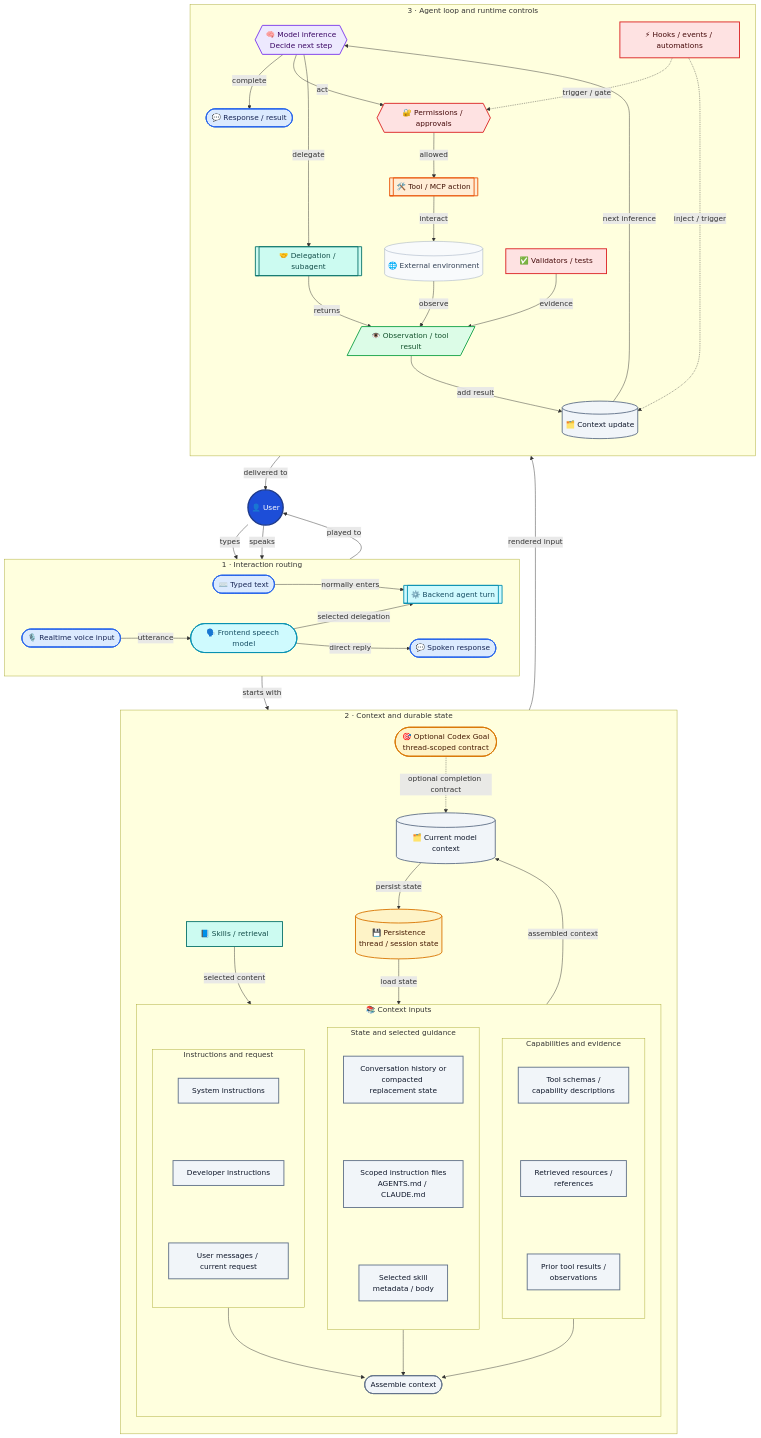
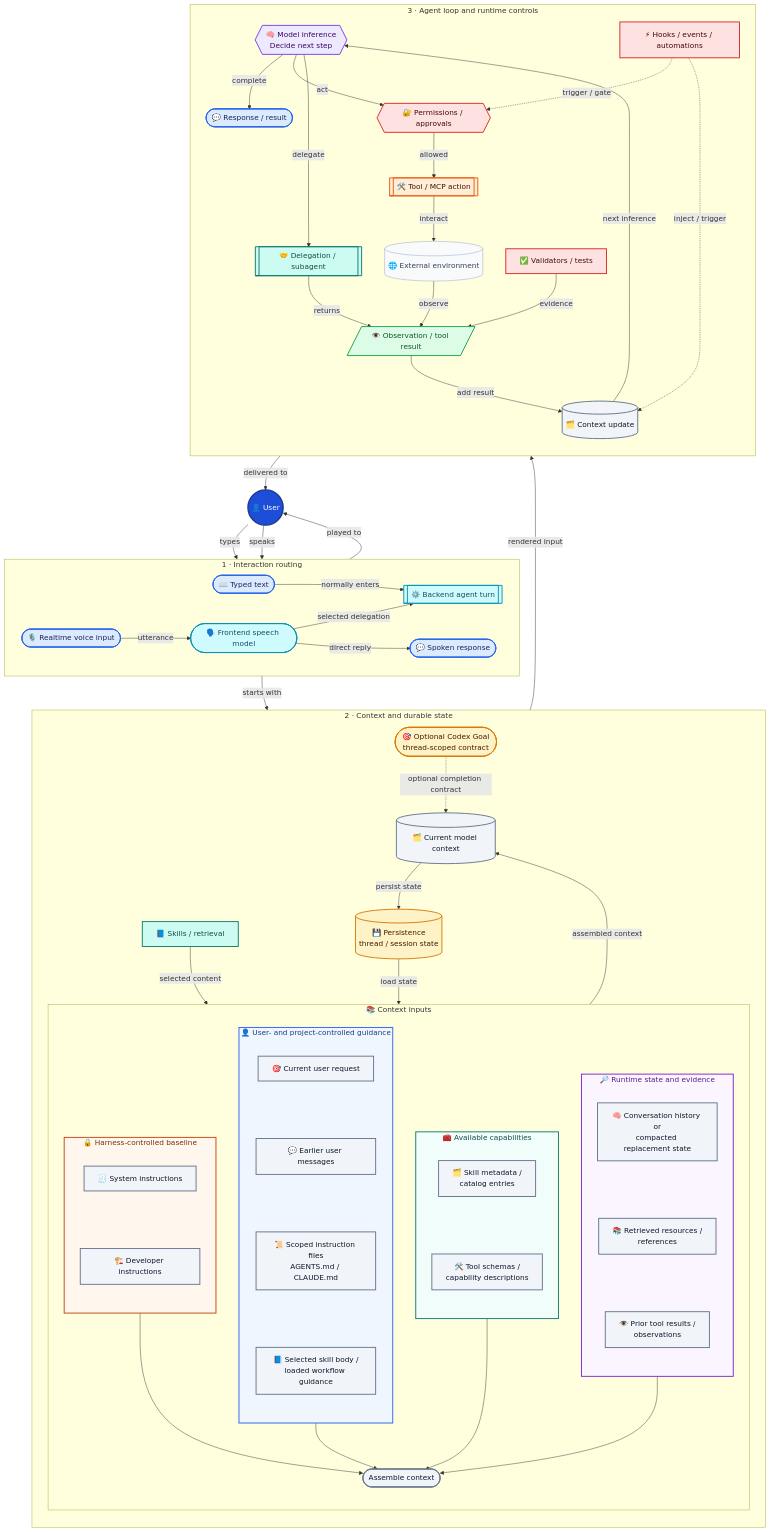
Before and after one commit to ArthurZakirov/SystemSmith: the second of 2 diagrams in skills/engineer-agentic-ai/references/agent-runtime-model.md, drawn with Mermaid.

Commit message:
docs: classify runtime context inputs

```diff
--- a/skills/engineer-agentic-ai/references/agent-runtime-model.md
+++ b/skills/engineer-agentic-ai/references/agent-runtime-model.md
@@ -76,35 +76,43 @@
         direction TB
         subgraph INPUTS["📚 Context inputs"]
             direction TB
-            subgraph INSTRUCTION_INPUTS["Instructions and request"]
+            subgraph BASELINE_INPUTS["🔒 Harness-controlled baseline"]
                 direction TB
-                SYSTEM["System instructions"]
-                DEVELOPER["Developer instructions"]
-                REQUEST["User messages / current request"]
+                SYSTEM["🧾 System instructions"]
+                DEVELOPER["🏗️ Developer instructions"]
 
-                SYSTEM ~~~ DEVELOPER ~~~ REQUEST
+                SYSTEM ~~~ DEVELOPER
             end
-            subgraph STATE_INPUTS["State and selected guidance"]
+            subgraph GUIDANCE_INPUTS["👤 User- and project-controlled guidance"]
                 direction TB
-                HISTORY["Conversation history or<br/>compacted replacement state"]
-                SCOPED["Scoped instruction files<br/>AGENTS.md / CLAUDE.md"]
-                SKILL_CONTEXT["Selected skill<br/>metadata / body"]
+                CURRENT_REQUEST["🎯 Current user request"]
+                EARLIER_MESSAGES["💬 Earlier user messages"]
+                SCOPED["📜 Scoped instruction files<br/>AGENTS.md / CLAUDE.md"]
+                SKILL_BODY["📘 Selected skill body /<br/>loaded workflow guidance"]
 
-                HISTORY ~~~ SCOPED ~~~ SKILL_CONTEXT
+                CURRENT_REQUEST ~~~ EARLIER_MESSAGES ~~~ SCOPED ~~~ SKILL_BODY
             end
-            subgraph CAPABILITY_INPUTS["Capabilities and evidence"]
+            subgraph CAPABILITY_INPUTS["🧰 Available capabilities"]
                 direction TB
-                TOOL_SCHEMAS["Tool schemas /<br/>capability descriptions"]
-                RESOURCES["Retrieved resources /<br/>references"]
-                PRIOR_RESULTS["Prior tool results /<br/>observations"]
+                SKILL_CATALOG["🗂️ Skill metadata /<br/>catalog entries"]
+                TOOL_SCHEMAS["🛠️ Tool schemas /<br/>capability descriptions"]
 
-                TOOL_SCHEMAS ~~~ RESOURCES ~~~ PRIOR_RESULTS
+                SKILL_CATALOG ~~~ TOOL_SCHEMAS
+            end
+            subgraph EVIDENCE_INPUTS["🔎 Runtime state and evidence"]
+                direction TB
+                HISTORY["🧠 Conversation history or<br/>compacted replacement state"]
+                RESOURCES["📚 Retrieved resources /<br/>references"]
+                PRIOR_RESULTS["👁️ Prior tool results /<br/>observations"]
+
+                HISTORY ~~~ RESOURCES ~~~ PRIOR_RESULTS
             end
             ASSEMBLE([Assemble context])
 
-            INSTRUCTION_INPUTS --> ASSEMBLE
-            STATE_INPUTS --> ASSEMBLE
+            BASELINE_INPUTS --> ASSEMBLE
+            GUIDANCE_INPUTS --> ASSEMBLE
             CAPABILITY_INPUTS --> ASSEMBLE
+            EVIDENCE_INPUTS --> ASSEMBLE
         end
         CURRENT[(🗂️ Current model context)]
         SKILLS["📘 Skills / retrieval"]
@@ -166,10 +174,15 @@
     classDef delegation fill:#CCFBF1,stroke:#0F766E,color:#134E4A,stroke-width:2px
     classDef note fill:#F8FAFC,stroke:#94A3B8,color:#334155,stroke-width:1px
 
+    style BASELINE_INPUTS fill:#FFF7ED,stroke:#C2410C,stroke-width:2px,color:#7C2D12
+    style GUIDANCE_INPUTS fill:#EFF6FF,stroke:#2563EB,stroke-width:2px,color:#1E3A8A
+    style CAPABILITY_INPUTS fill:#F0FDFA,stroke:#0F766E,stroke-width:2px,color:#134E4A
+    style EVIDENCE_INPUTS fill:#FAF5FF,stroke:#7E22CE,stroke-width:2px,color:#581C87
+
     class USER actor
     class TYPED,VOICE,SPOKEN,RESULT message
     class SPEECH,BACKEND surface
-    class SYSTEM,DEVELOPER,REQUEST,HISTORY,SCOPED,SKILL_CONTEXT,TOOL_SCHEMAS,RESOURCES,PRIOR_RESULTS,ASSEMBLE,CURRENT,UPDATE context
+    class SYSTEM,DEVELOPER,CURRENT_REQUEST,EARLIER_MESSAGES,SCOPED,SKILL_BODY,SKILL_CATALOG,TOOL_SCHEMAS,HISTORY,RESOURCES,PRIOR_RESULTS,ASSEMBLE,CURRENT,UPDATE context
     class MODEL decision
     class ACTION action
     class OBS observation
```
